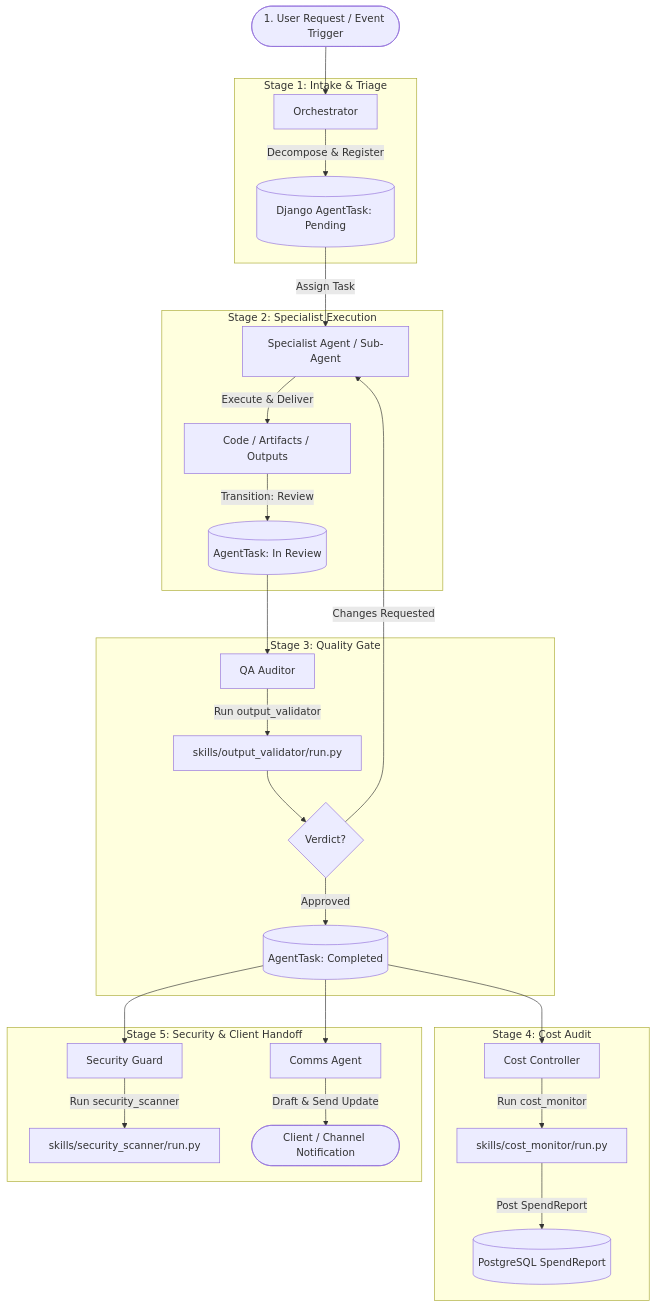
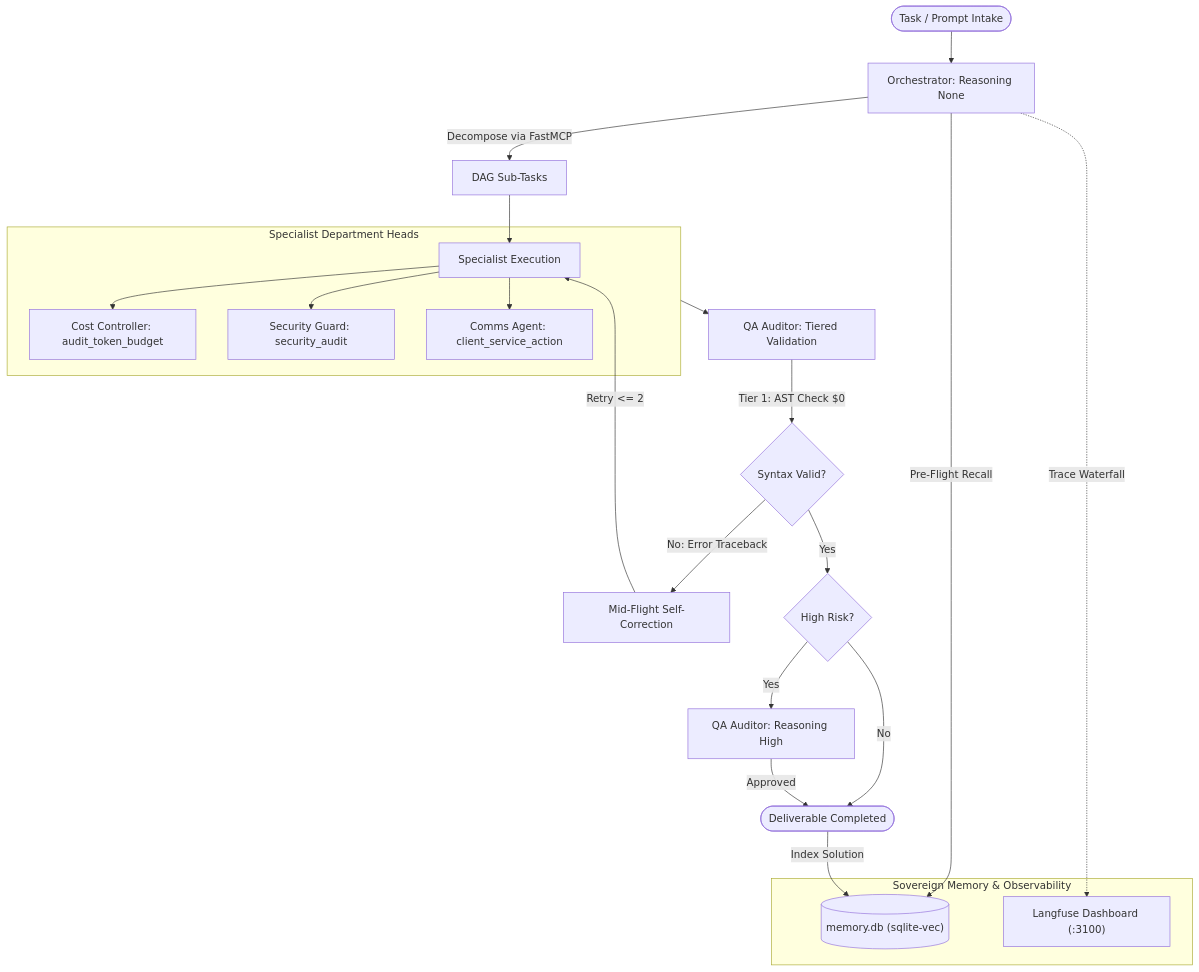
One commit to devalees/ai_system_template changed the diagram in docs/agent_team.md. Above: the diagram before and after it, drawn with Mermaid. The commit also changed other lines of this file and 227 other files, not shown here.

Commit message:
refactor(core): transition repository to 100% standalone sovereign AI agent platform

````diff
--- a/docs/agent_team.md
+++ b/docs/agent_team.md
@@ -206,35 +149,31 @@
 ```mermaid
 flowchart TD
-    Trigger([1. User Request / Event Trigger]) --> Orch[Orchestrator]
+    User([Task / Prompt Intake]) --> Orch[Orchestrator: Reasoning None]
     
-    subgraph S1 ["Stage 1: Intake & Triage"]
-        Orch -->|Decompose & Register| TaskReg[(Django AgentTask: Pending)]
+    subgraph MemoryLayer ["Sovereign Memory & Observability"]
+        Mem[("memory.db (sqlite-vec)")]
+        Langfuse["Langfuse Dashboard (:3100)"]
     end
     
-    subgraph S2 ["Stage 2: Specialist Execution"]
-        TaskReg -->|Assign Task| ExecAgent[Specialist Agent / Sub-Agent]
-        ExecAgent -->|Execute & Deliver| Artifacts[Code / Artifacts / Outputs]
-        Artifacts -->|Transition: Review| ReviewState[(AgentTask: In Review)]
+    Orch -->|Pre-Flight Recall| Mem
+    Orch -->|Decompose via FastMCP| DAG[DAG Sub-Tasks]
+    Orch -.->|Trace Waterfall| Langfuse
+    
+    DAG --> Spec[Specialist Execution]
+    
+    subgraph Specialists ["Specialist Department Heads"]
+        Spec --> Cost[Cost Controller: audit_token_budget]
+        Spec --> Sec[Security Guard: security_audit]
+        Spec --> Comms[Comms Agent: client_service_action]
     end
     
-    subgraph S3 ["Stage 3: Quality Gate"]
-        ReviewState --> QA[QA Auditor]
-        QA -->|Run output_validator| ValScript[skills/output_validator/run.py]
-        ValScript --> Verdict{Verdict?}
-        Verdict -->|Changes Requested| ExecAgent
-        Verdict -->|Approved| ApprovedState[(AgentTask: Completed)]
-    end
-    
-    subgraph S4 ["Stage 4: Cost Audit"]
-        ApprovedState --> Cost[Cost Controller]
-        Cost -->|Run cost_monitor| CostScript[skills/cost_monitor/run.py]
-        CostScript -->|Post SpendReport| SpendDB[(PostgreSQL SpendReport)]
-    end
-    
-    subgraph S5 ["Stage 5: Security & Client Handoff"]
-        ApprovedState --> Sec[Security Guard]
-        Sec -->|Run security_scanner| SecScript[skills/security_scanner/run.py]
-        ApprovedState --> Comms[Comms Agent]
-        Comms -->|Draft & Send Update| Stakeholder([Client / Channel Notification])
-    end
+    Specialists --> QA[QA Auditor: Tiered Validation]
+    QA -->|Tier 1: AST Check $0| AutoCheck{Syntax Valid?}
+    AutoCheck -->|No: Error Traceback| InFlight[Mid-Flight Self-Correction]
+    InFlight -->|Retry <= 2| Spec
+    AutoCheck -->|Yes| RiskGate{High Risk?}
+    RiskGate -->|Yes| LLMReview[QA Auditor: Reasoning High]
+    RiskGate -->|No| Approved([Deliverable Completed])
+    LLMReview -->|Approved| Approved
+    Approved -->|Index Solution| Mem
 ```
````
